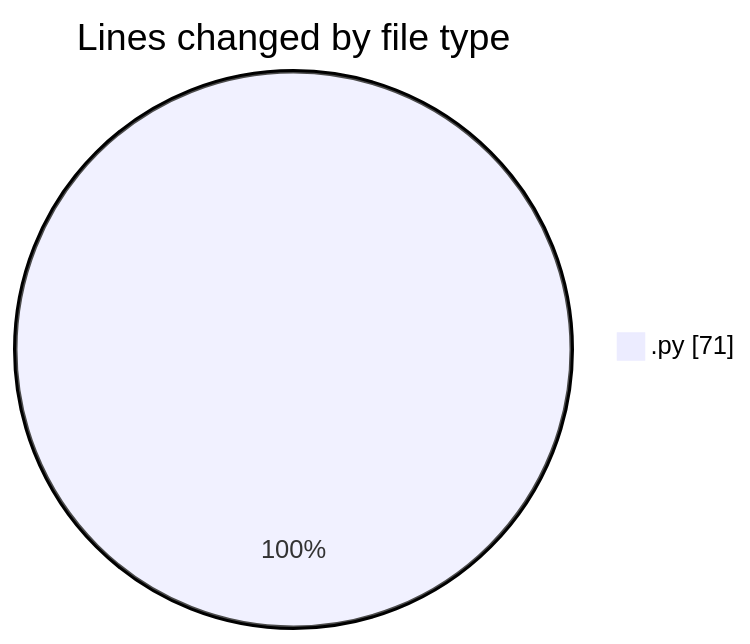
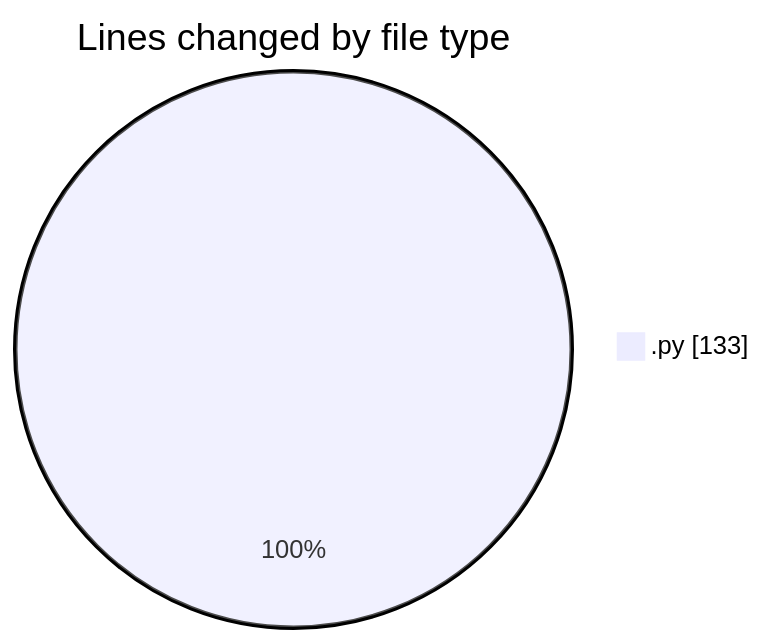
The first of 2 diagrams in 2025-04-20/myws__workspace_/README.md (MatusMokan/code-tracking), drawn with Mermaid before and after one commit. The commit also changed other lines of this file and 1 other file, not shown here.

````diff
--- a/2025-04-20/myws__workspace_/README.md
+++ b/2025-04-20/myws__workspace_/README.md
@@ -21,5 +21,5 @@
 ```mermaid
 pie showData
 title Lines changed by file type
-".py" : 71
+".py" : 133
 ```
````
